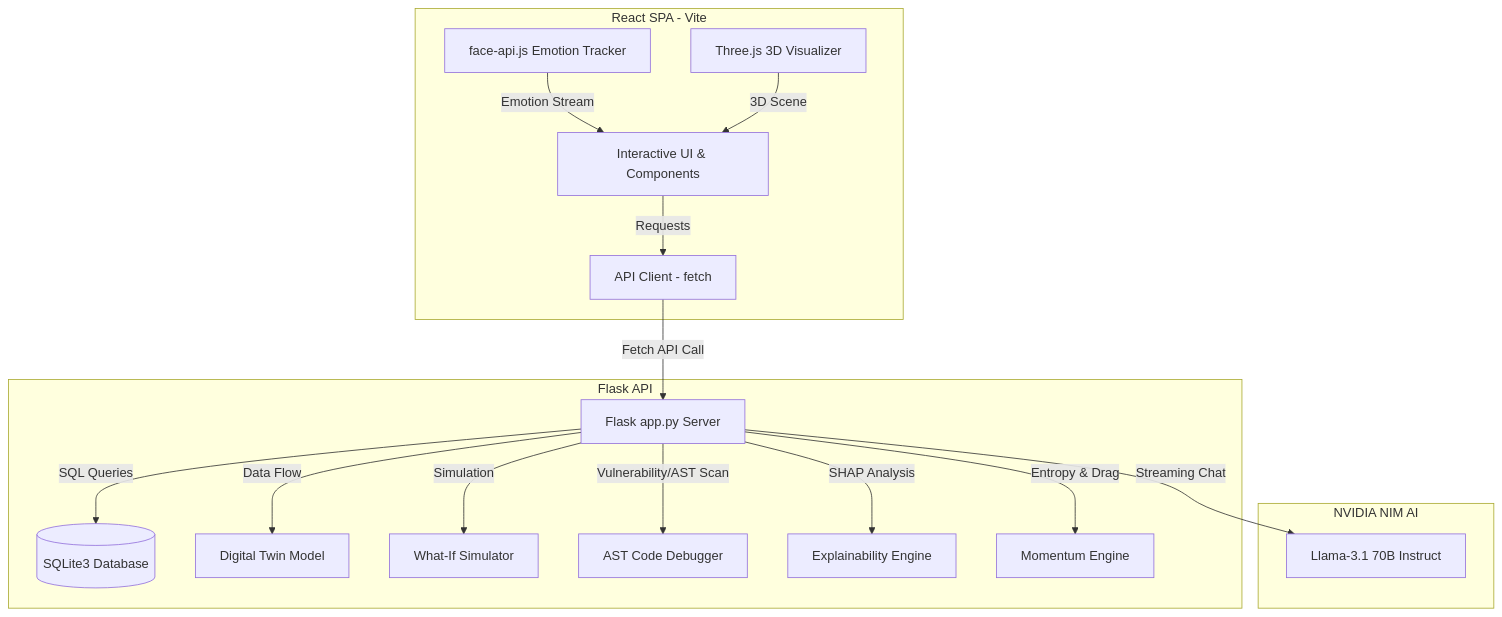
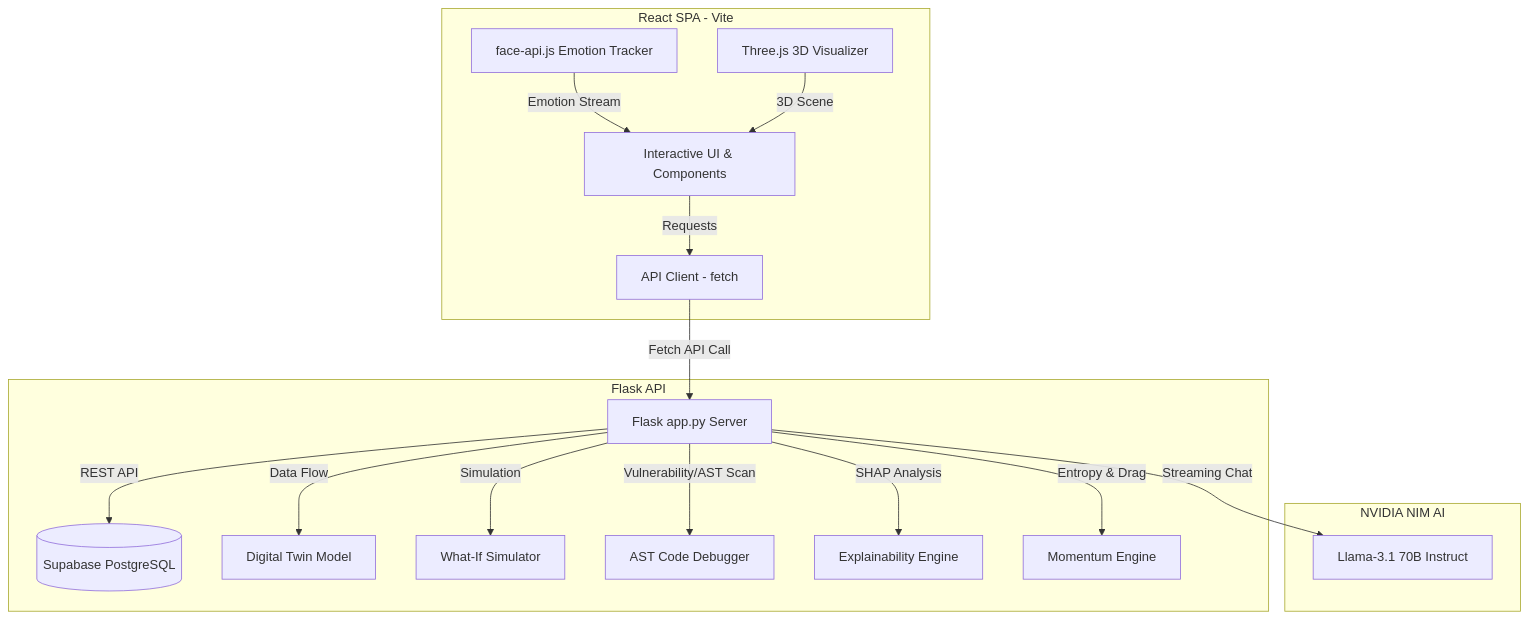
One commit to meetukani34-prog/SARVAM-X changed the diagram in README.md. Above: the diagram before and after it, drawn with Mermaid. The commit also changed other lines of this file and 2 other files, not shown here.

````diff
--- a/README.md
+++ b/README.md
@@ -16,36 +15,36 @@
 ```mermaid
 graph TD
     subgraph Client [React SPA - Vite]
         UI[Interactive UI & Components]
         API[API Client - fetch]
         FA[face-api.js Emotion Tracker]
         THREE[Three.js 3D Visualizer]
     end
     
     subgraph Backend [Flask API]
         FApp[Flask app.py Server]
-        DB[(SQLite3 Database)]
+        DB[(Supabase PostgreSQL)]
         Twin[Digital Twin Model]
         Sim[What-If Simulator]
         Dbg[AST Code Debugger]
         XAI[Explainability Engine]
         Mom[Momentum Engine]
     end
     
     subgraph LLM [NVIDIA NIM AI]
         NVIDIA[Llama-3.1 70B Instruct]
     end
 
     UI -->|Requests| API
     API -->|Fetch API Call| FApp
     FA -->|Emotion Stream| UI
     THREE -->|3D Scene| UI
     
-    FApp -->|SQL Queries| DB
+    FApp -->|REST API| DB
     FApp -->|Data Flow| Twin
     FApp -->|Simulation| Sim
     FApp -->|Vulnerability/AST Scan| Dbg
     FApp -->|SHAP Analysis| XAI
     FApp -->|Entropy & Drag| Mom
     FApp -->|Streaming Chat| NVIDIA
 ```
````
